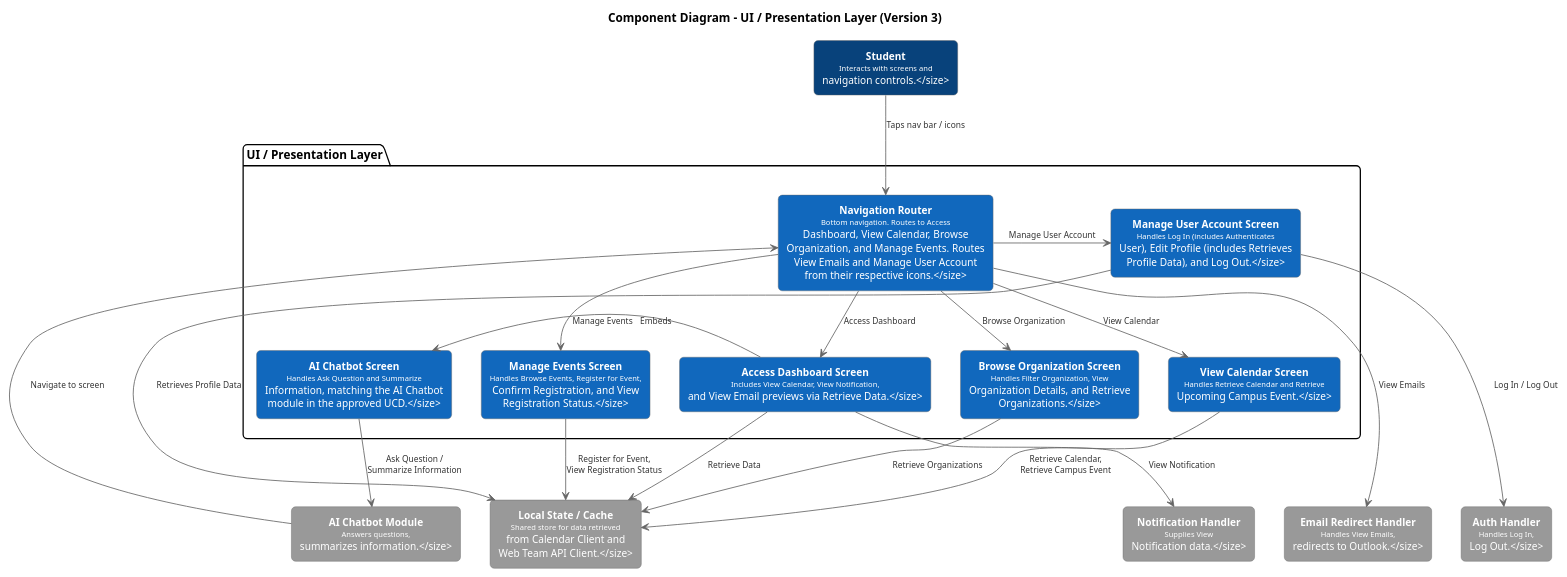
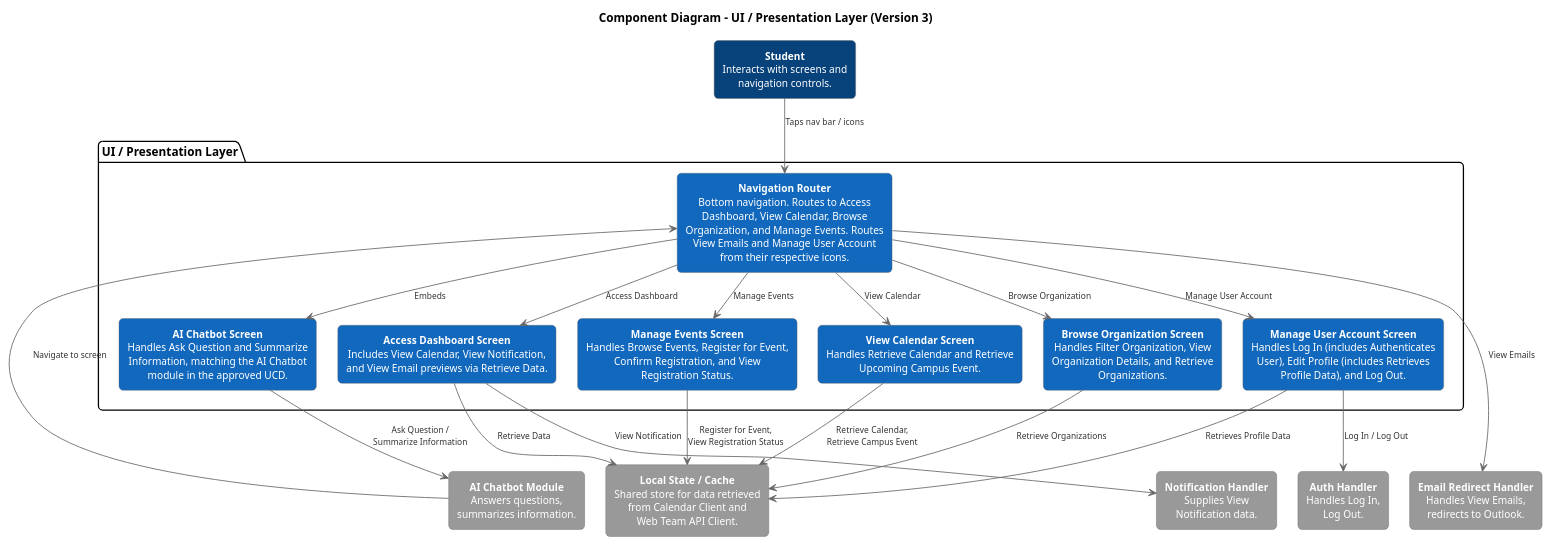
Before and after one commit to CrSaldua/NotifiED-MyRepo: the diagram in docs/MSYADD1/C4 Diagrams/NotifiED_Component(Version1).puml, drawn with PlantUML.

Commit message:
Update Component Diagram for UI Layer

```diff
--- a/docs/MSYADD1/C4 Diagrams/NotifiED_Component(Version1).puml
+++ b/docs/MSYADD1/C4 Diagrams/NotifiED_Component(Version1).puml
@@ -1,59 +1,74 @@
 @startuml Component_UILayer_Final
 title Component Diagram - UI / Presentation Layer (Version 3)
 skinparam backgroundColor #FFFFFF
 skinparam defaultTextAlignment center
 skinparam roundcorner 10
 skinparam shadowing false
-skinparam ranksep 55
-skinparam nodesep 35
+skinparam ranksep 40
+skinparam nodesep 25
 skinparam rectangle {
     BorderColor #666666
     FontColor #FFFFFF
     FontSize 12
 }
 skinparam arrow {
     Color #666666
     FontColor #333333
     FontSize 10
 }
-rectangle "**Student**\n<size:9>Interacts with screens and\nnavigation controls.</size>" as student #08427B
+
+rectangle "**Student**\nInteracts with screens and\nnavigation controls." as student #08427B
+
 package "UI / Presentation Layer" {
-    rectangle "**Navigation Router**\n<size:9>Bottom navigation. Routes to Access\nDashboard, View Calendar, Browse\nOrganization, and Manage Events. Routes\nView Emails and Manage User Account\nfrom their respective icons.</size>" as navRouter #1168BD
-    rectangle "**AI Chatbot Screen**\n<size:9>Handles Ask Question and Summarize\nInformation, matching the AI Chatbot\nmodule in the approved UCD.</size>" as aiScreen #1168BD
+    rectangle "**Navigation Router**\nBottom navigation. Routes to Access\nDashboard, View Calendar, Browse\nOrganization, and Manage Events. Routes\nView Emails and Manage User Account\nfrom their respective icons." as navRouter #1168BD
+
     together {
-        rectangle "**Access Dashboard Screen**\n<size:9>Includes View Calendar, View Notification,\nand View Email previews via Retrieve Data.</size>" as dashboardScreen #1168BD
-        rectangle "**Manage Events Screen**\n<size:9>Handles Browse Events, Register for Event,\nConfirm Registration, and View\nRegistration Status.</size>" as eventsScreen #1168BD
+        rectangle "**Access Dashboard Screen**\nIncludes View Calendar, View Notification,\nand View Email previews via Retrieve Data." as dashboardScreen #1168BD
+        rectangle "**AI Chatbot Screen**\nHandles Ask Question and Summarize\nInformation, matching the AI Chatbot\nmodule in the approved UCD." as aiScreen #1168BD
     }
+
     together {
-        rectangle "**View Calendar Screen**\n<size:9>Handles Retrieve Calendar and Retrieve\nUpcoming Campus Event.</size>" as calendarScreen #1168BD
-        rectangle "**Browse Organization Screen**\n<size:9>Handles Filter Organization, View\nOrganization Details, and Retrieve\nOrganizations.</size>" as orgScreen #1168BD
+        rectangle "**Manage Events Screen**\nHandles Browse Events, Register for Event,\nConfirm Registration, and View\nRegistration Status." as eventsScreen #1168BD
+        rectangle "**View Calendar Screen**\nHandles Retrieve Calendar and Retrieve\nUpcoming Campus Event." as calendarScreen #1168BD
     }
-    rectangle "**Manage User Account Screen**\n<size:9>Handles Log In (includes Authenticates\nUser), Edit Profile (includes Retrieves\nProfile Data), and Log Out.</size>" as accountScreen #1168BD
+
+    together {
+        rectangle "**Browse Organization Screen**\nHandles Filter Organization, View\nOrganization Details, and Retrieve\nOrganizations." as orgScreen #1168BD
+        rectangle "**Manage User Account Screen**\nHandles Log In (includes Authenticates\nUser), Edit Profile (includes Retrieves\nProfile Data), and Log Out." as accountScreen #1168BD
+    }
 }
+
 together {
-    rectangle "**Local State / Cache**\n<size:9>Shared store for data retrieved\nfrom Calendar Client and\nWeb Team API Client.</size>" as localState #999999
-    rectangle "**AI Chatbot Module**\n<size:9>Answers questions,\nsummarizes information.</size>" as aiModule #999999
+    rectangle "**Local State / Cache**\nShared store for data retrieved\nfrom Calendar Client and\nWeb Team API Client." as localState #999999
+    rectangle "**AI Chatbot Module**\nAnswers questions,\nsummarizes information." as aiModule #999999
 }
+
 together {
-    rectangle "**Notification Handler**\n<size:9>Supplies View\nNotification data.</size>" as notifHandler #999999
-    rectangle "**Email Redirect Handler**\n<size:9>Handles View Emails,\nredirects to Outlook.</size>" as emailRedirect #999999
-    rectangle "**Auth Handler**\n<size:9>Handles Log In,\nLog Out.</size>" as authHandler #999999
+    rectangle "**Notification Handler**\nSupplies View\nNotification data." as notifHandler #999999
+    rectangle "**Email Redirect Handler**\nHandles View Emails,\nredirects to Outlook." as emailRedirect #999999
+    rectangle "**Auth Handler**\nHandles Log In,\nLog Out." as authHandler #999999
 }
+
+' Connections - Structured to minimize crossings
 student -down-> navRouter : "Taps nav bar / icons"
+
 navRouter -down-> dashboardScreen : "Access Dashboard"
+navRouter -down-> aiScreen : "Embeds"
 navRouter -down-> eventsScreen : "Manage Events"
 navRouter -down-> calendarScreen : "View Calendar"
 navRouter -down-> orgScreen : "Browse Organization"
 navRouter -right-> emailRedirect : "View Emails"
 navRouter -right-> accountScreen : "Manage User Account"
-dashboardScreen -right-> aiScreen : "Embeds"
+
 aiScreen -down-> aiModule : "Ask Question /\nSummarize Information"
 aiModule -up-> navRouter : "Navigate to screen"
+
 dashboardScreen -down-> notifHandler : "View Notification"
 dashboardScreen -down-> localState : "Retrieve Data"
 eventsScreen -down-> localState : "Register for Event,\nView Registration Status"
 calendarScreen -down-> localState : "Retrieve Calendar,\nRetrieve Campus Event"
 orgScreen -down-> localState : "Retrieve Organizations"
+
 accountScreen -down-> localState : "Retrieves Profile Data"
 accountScreen -down-> authHandler : "Log In / Log Out"
 @enduml
```
